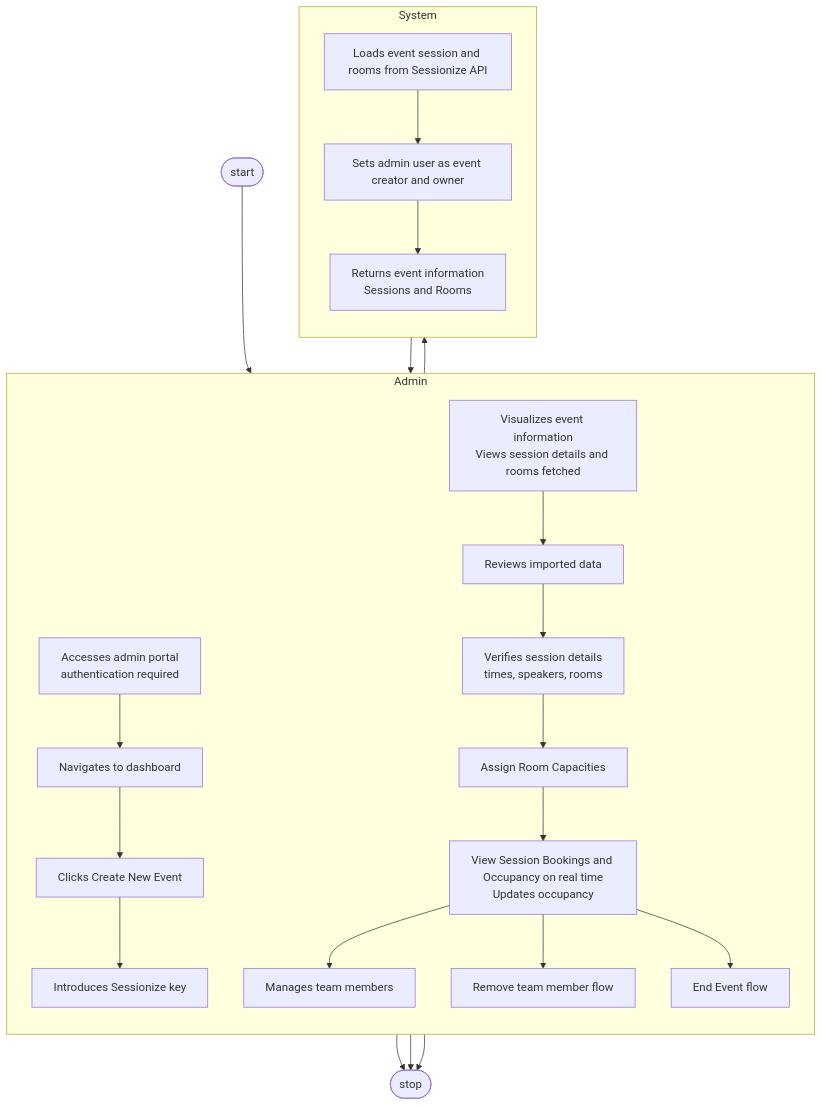
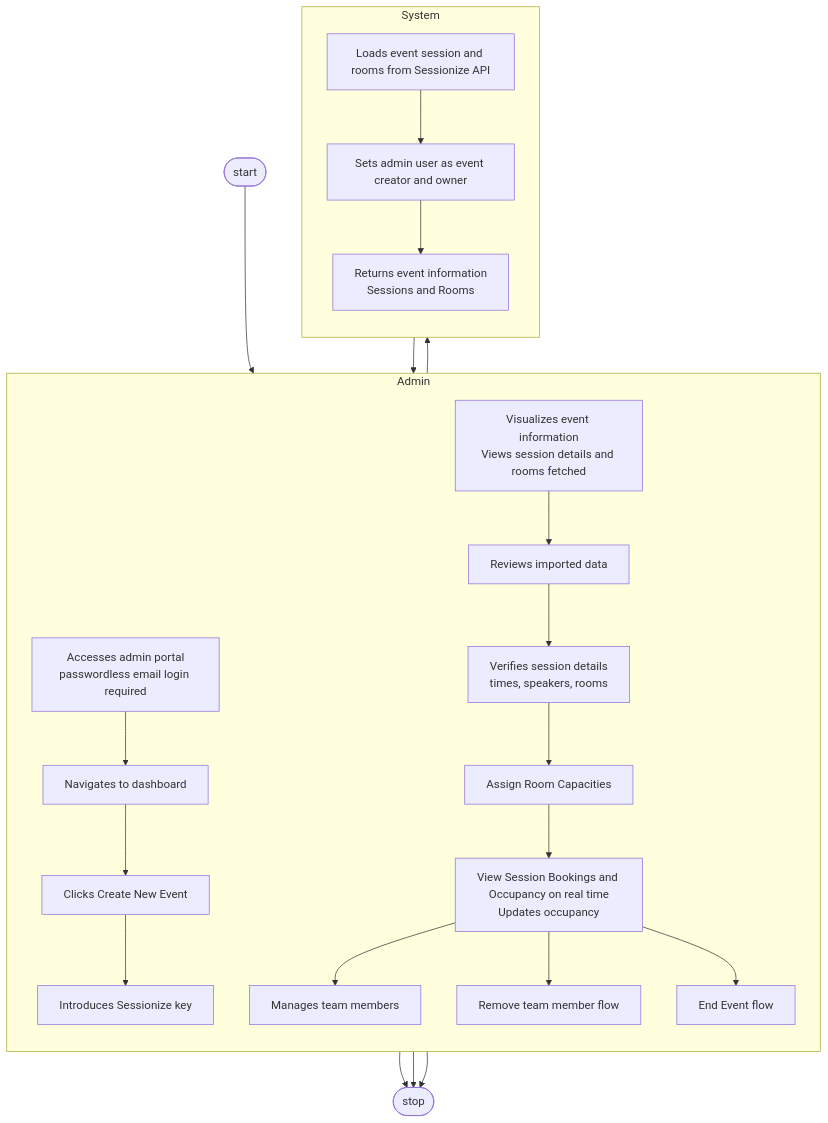
One commit to redplanettribe/m3t_be changed the diagram in docs/Flow Diagrams/admin-create-event.md. Above: the diagram before and after it, drawn with Mermaid. The commit also changed 33 other files, not shown here.

````diff
--- a/docs/Flow Diagrams/admin-create-event.md
+++ b/docs/Flow Diagrams/admin-create-event.md
@@ -5,36 +5,36 @@
 ```mermaid
 
 flowchart TB
     subgraph Admin
         direction TB
-        A1[Accesses admin portal<br/>authentication required]
+        A1[Accesses admin portal<br/>passwordless email login required]
         A2[Navigates to dashboard]
         A3[Clicks Create New Event]
         A4[Introduces Sessionize key]
         A5[Visualizes event information<br/>Views session details and rooms fetched]
         A6[Reviews imported data]
         A7[Verifies session details<br/>times, speakers, rooms]
         A8[Assign Room Capacities]
         A9[View Session Bookings and Occupancy on real time<br/>Updates occupancy]
         A10[Manages team members]
         A11[Remove team member flow]
         A12[End Event flow]
     end
 
     subgraph System
         direction TB
         S1[Loads event session and rooms from Sessionize API]
         S2[Sets admin user as event creator and owner]
         S3[Returns event information<br/>Sessions and Rooms]
     end
 
     Start([start]) --> A1 --> A2 --> A3 --> A4
     A4 --> S1 --> S2 --> S3
     S3 --> A5 --> A6 --> A7 --> A8 --> A9
     A9 --> A10
     A9 --> A11
     A9 --> A12
     A10 --> Stop([stop])
     A11 --> Stop
     A12 --> Stop
 ```
````
